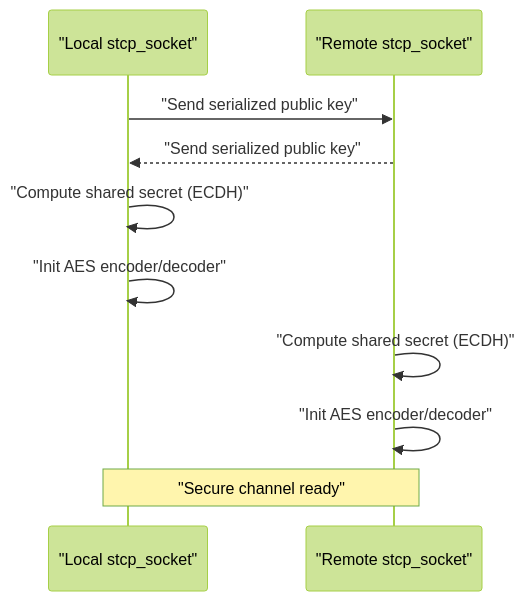
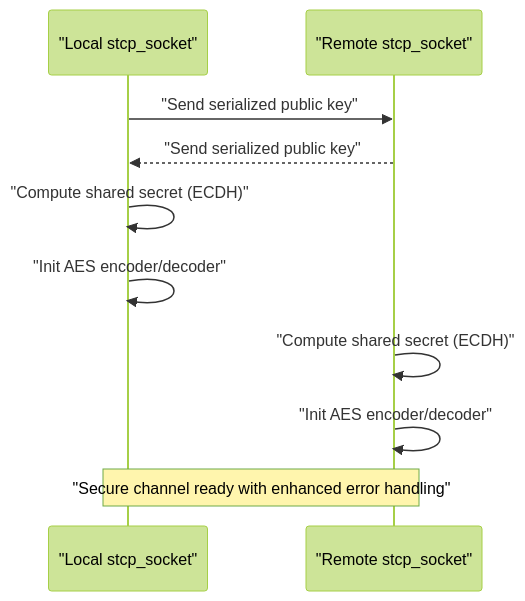
The fifth of 9 diagrams in .qoder/repowiki/en/content/Architecture Overview/Core Libraries/Network Library/Peer Connection Management.md (VIZ-Blockchain/viz-cpp-node), drawn with Mermaid (forest theme) before and after one commit. The commit also changed other lines of this file and 3 other files, not shown here.

````diff
--- a/.qoder/repowiki/en/content/Architecture Overview/Core Libraries/Network Library/Peer Connection Management.md
+++ b/.qoder/repowiki/en/content/Architecture Overview/Core Libraries/Network Library/Peer Connection Management.md
@@ -256,12 +269,12 @@
 ```mermaid
 sequenceDiagram
 participant A as "Local stcp_socket"
 participant B as "Remote stcp_socket"
 A->>B : "Send serialized public key"
 B-->>A : "Send serialized public key"
 A->>A : "Compute shared secret (ECDH)"
 A->>A : "Init AES encoder/decoder"
 B->>B : "Compute shared secret (ECDH)"
 B->>B : "Init AES encoder/decoder"
-Note over A,B : "Secure channel ready"
+Note over A,B : "Secure channel ready with enhanced error handling"
 ```
````
